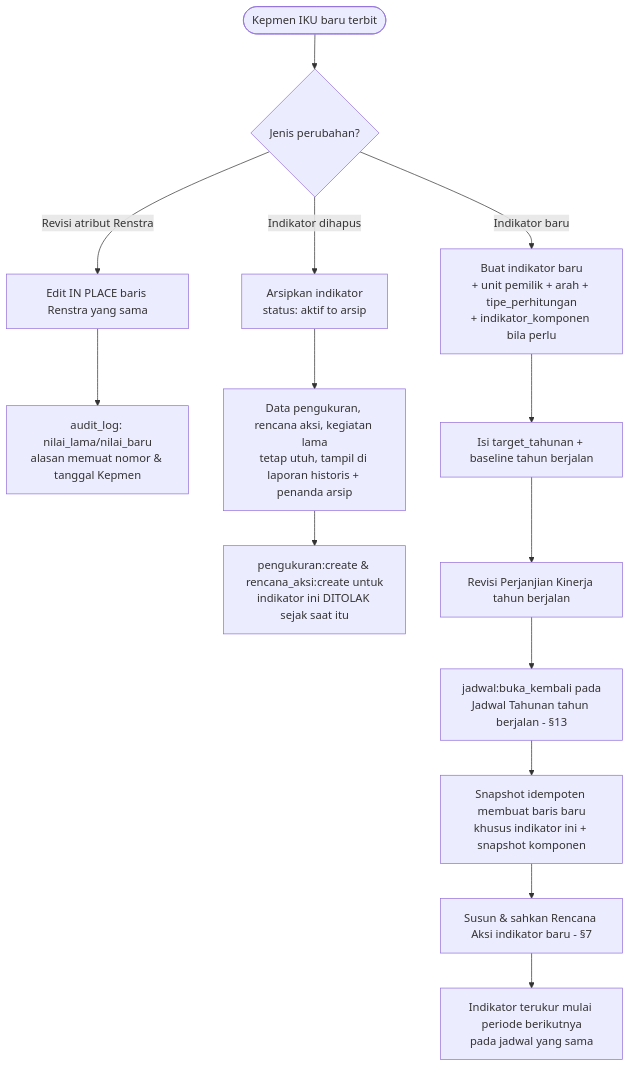
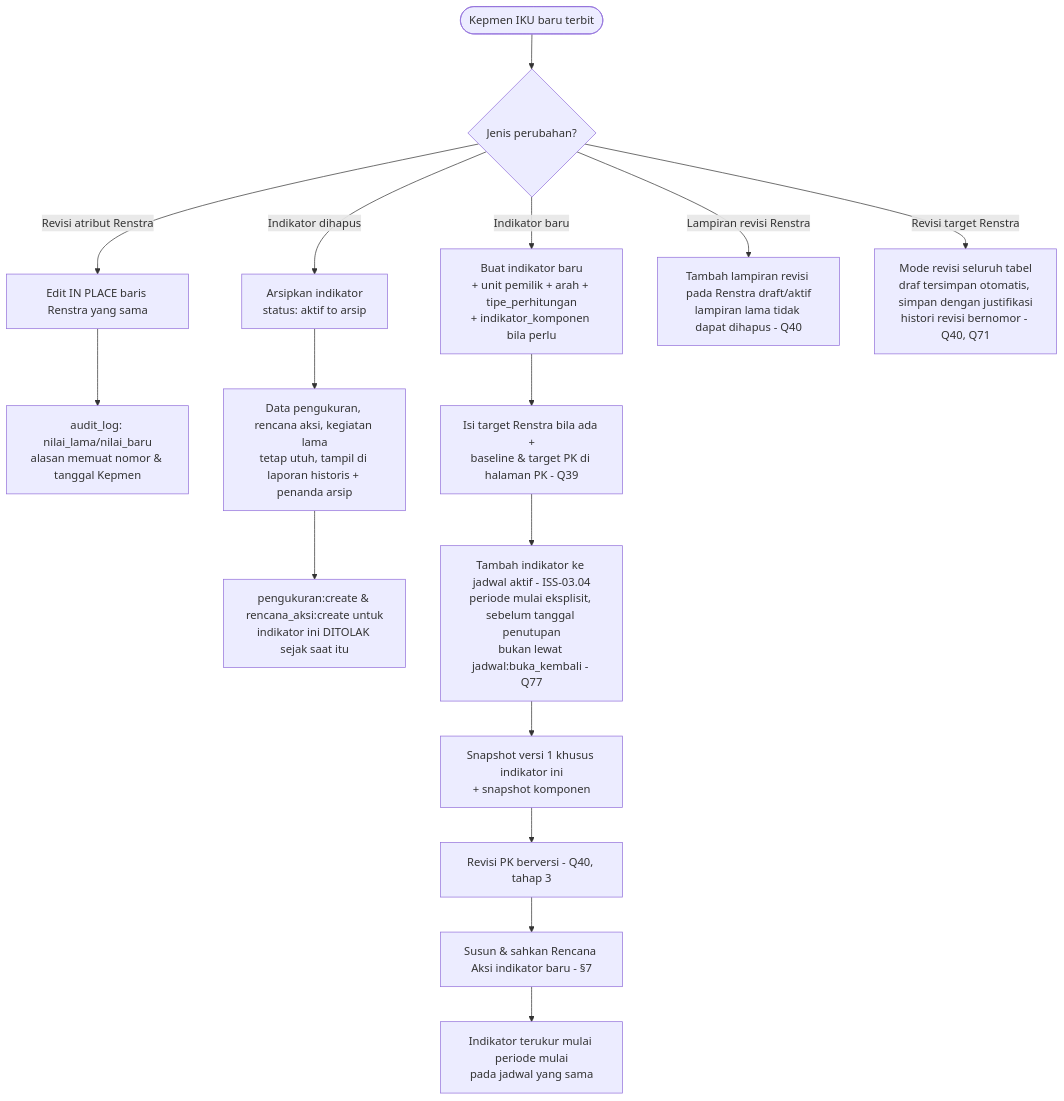
Before and after one commit to LLDIKTI-XVI-TEAM/SAKIP: diagram 14 of 21 in document/SAKIP - Workflow.md, drawn with Mermaid. The commit also changed other lines of this file and 1271 other files, not shown here.

````diff
--- a/document/SAKIP - Workflow.md
+++ b/document/SAKIP - Workflow.md
@@ -1233,18 +1717,21 @@
 ```mermaid
 flowchart TD
     A([Kepmen IKU baru terbit]) --> B{Jenis perubahan?}
     B -- Revisi atribut Renstra --> C[Edit IN PLACE baris Renstra yang sama]
     C --> D[audit_log: nilai_lama/nilai_baru\nalasan memuat nomor & tanggal Kepmen]
 
     B -- Indikator dihapus --> E[Arsipkan indikator\nstatus: aktif to arsip]
     E --> F[Data pengukuran, rencana aksi, kegiatan lama\ntetap utuh, tampil di laporan historis + penanda arsip]
     F --> G[pengukuran:create & rencana_aksi:create untuk\nindikator ini DITOLAK sejak saat itu]
 
     B -- Indikator baru --> H[Buat indikator baru\n+ unit pemilik + arah + tipe_perhitungan\n+ indikator_komponen bila perlu]
-    H --> I[Isi target_tahunan + baseline tahun berjalan]
-    I --> J[Revisi Perjanjian Kinerja tahun berjalan]
-    J --> K[jadwal:buka_kembali pada\nJadwal Tahunan tahun berjalan - §13]
-    K --> L[Snapshot idempoten membuat baris baru\nkhusus indikator ini + snapshot komponen]
-    L --> M[Susun & sahkan Rencana Aksi indikator baru - §7]
-    M --> N[Indikator terukur mulai periode berikutnya\npada jadwal yang sama]
+    H --> I[Isi target Renstra bila ada +\nbaseline & target PK di halaman PK - Q39]
+    I --> K[Tambah indikator ke jadwal aktif - ISS-03.04\nperiode mulai eksplisit, sebelum tanggal penutupan\nbukan lewat jadwal:buka_kembali - Q77]
+    K --> L[Snapshot versi 1 khusus indikator ini\n+ snapshot komponen]
+    L --> J[Revisi PK berversi - Q40, tahap 3]
+    J --> M[Susun & sahkan Rencana Aksi indikator baru - §7]
+    M --> N[Indikator terukur mulai periode mulai\npada jadwal yang sama]
+
+    B -- Lampiran revisi Renstra --> R1[Tambah lampiran revisi pada Renstra draft/aktif\nlampiran lama tidak dapat dihapus - Q40]
+    B -- Revisi target Renstra --> R2[Mode revisi seluruh tabel\ndraf tersimpan otomatis, simpan dengan justifikasi\nhistori revisi bernomor - Q40, Q71]
 ```
````
